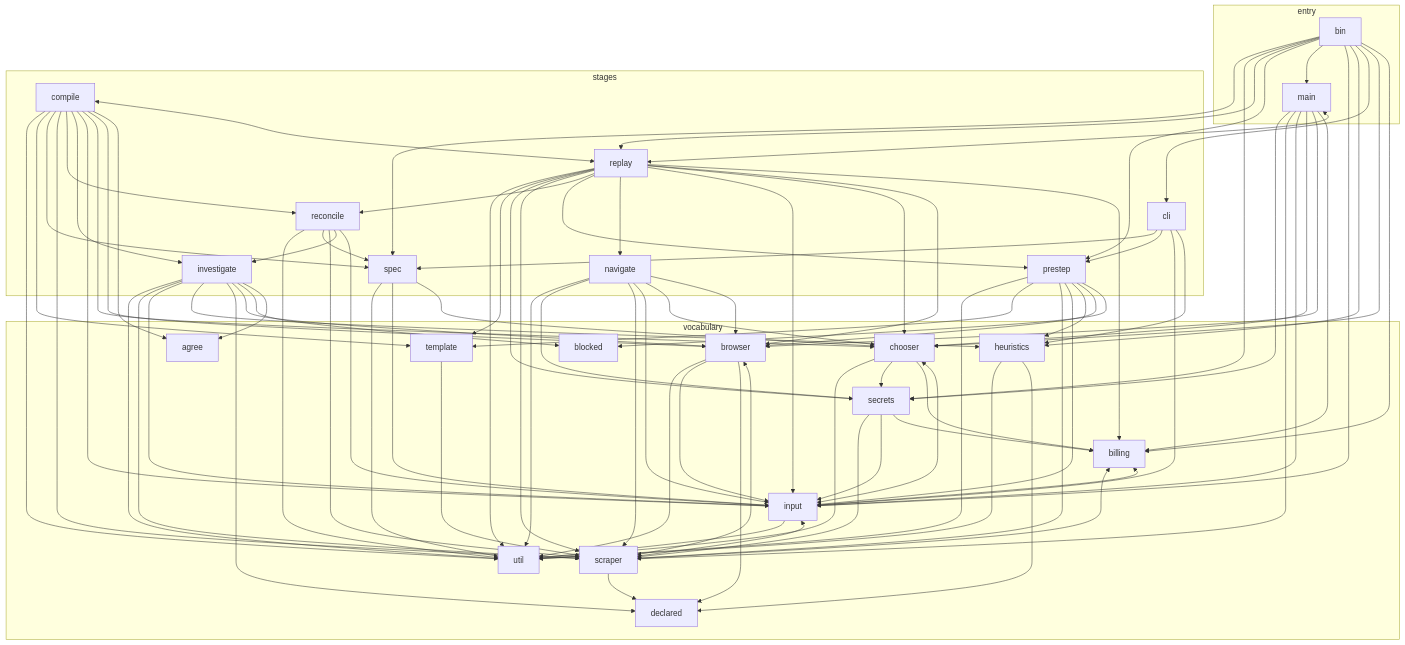
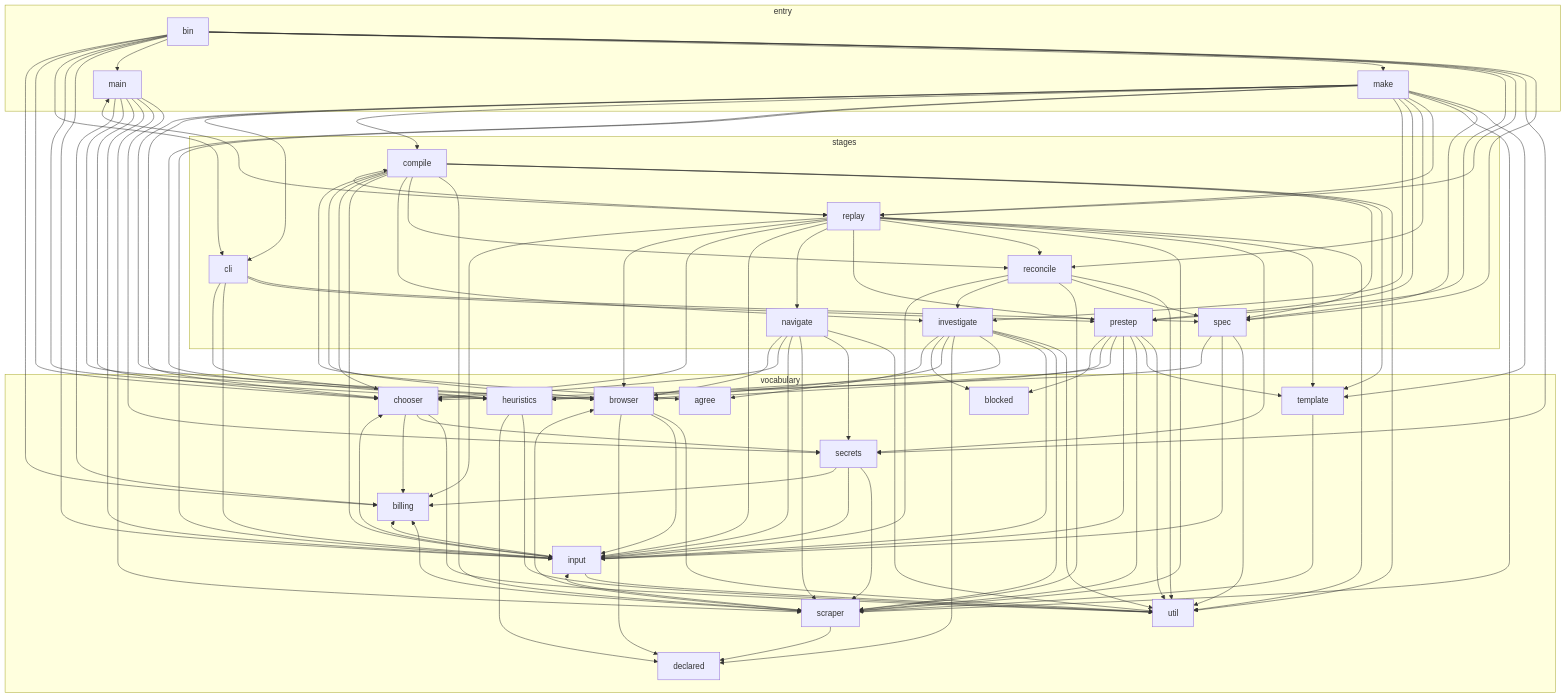
The diagram in docs/architecture.md (fellowship-dev/navvi), drawn with Mermaid before and after one commit. The commit also changed other lines of this file and 16 other files, not shown here.

```diff
--- a/docs/architecture.md
+++ b/docs/architecture.md
@@ -23,6 +23,7 @@
   subgraph entry[" entry "]
     bin
     main
+    make
   end
   subgraph stages[" stages "]
     spec
@@ -61,6 +62,7 @@
   bin --> heuristics
   bin --> input
   bin --> main
+  bin --> make
   bin --> prestep
   bin --> replay
   bin --> secrets
@@ -102,6 +104,19 @@
   main --> input
   main --> scraper
   main --> secrets
+  make --> browser
+  make --> chooser
+  make --> cli
+  make --> compile
+  make --> heuristics
+  make --> input
+  make --> investigate
+  make --> prestep
+  make --> reconcile
+  make --> replay
+  make --> scraper
+  make --> spec
+  make --> template
   navigate --> browser
   navigate --> chooser
   navigate --> input
```
